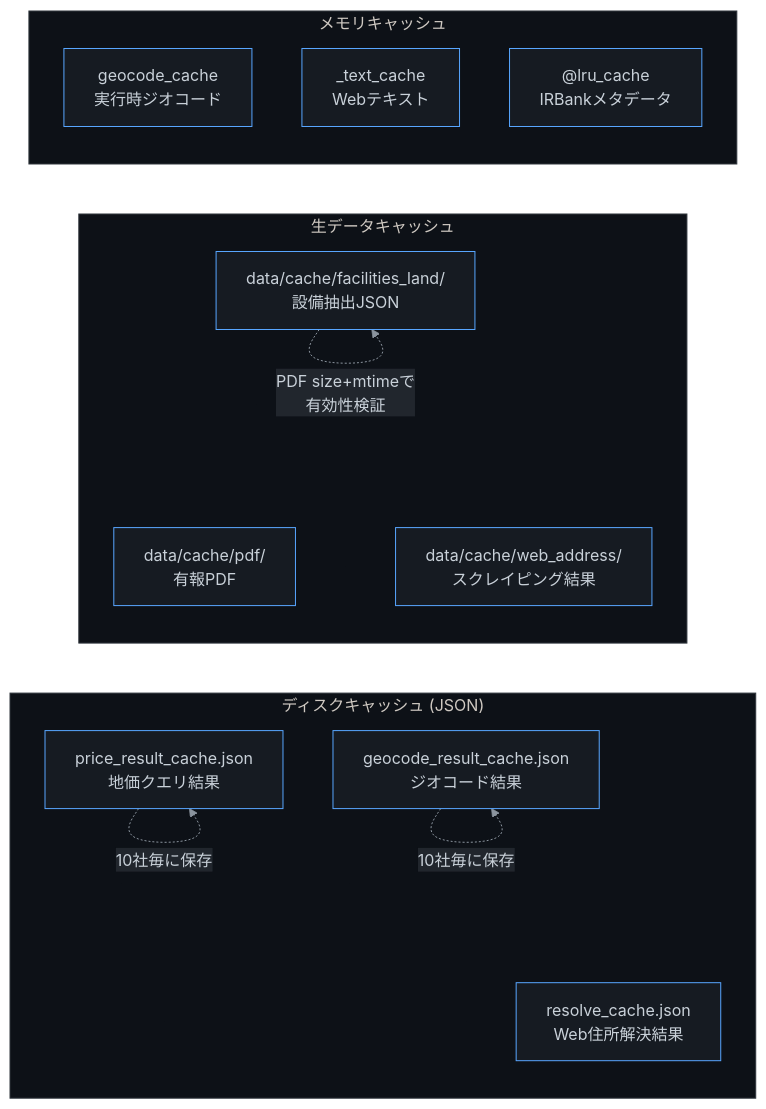
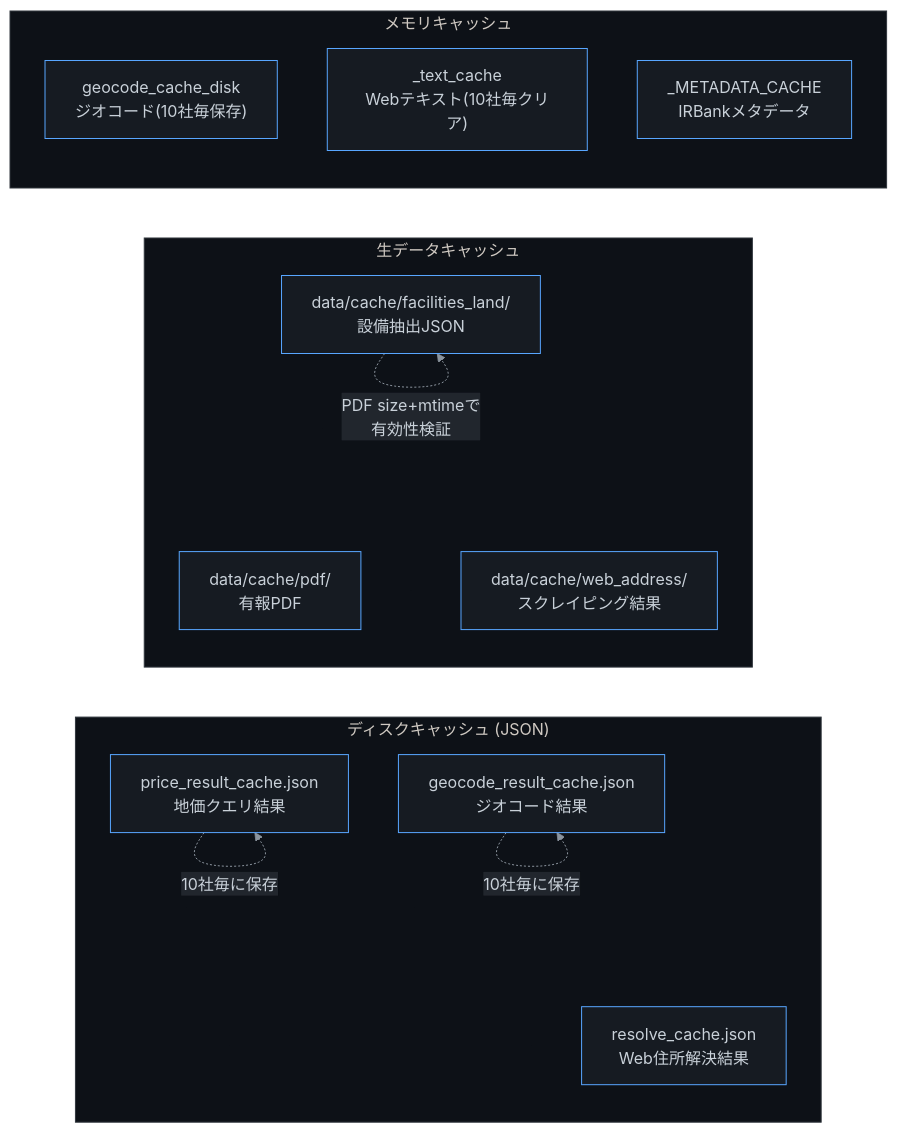
Before and after one commit to expgolemclone/land_value_research: the ninth of 12 diagrams in docs/ARCHITECTURE.md, drawn with Mermaid. The commit also changed 2 other files, not shown here.

Commit message:
Reduce memory usage by releasing caches more aggressively
- Delete processed futures from future_to_target in the as_completed
  loop so CompanyResult objects (and the Future's internal _result ref)
  are GC'd immediately after CSV write, instead of living until loop end
- Eliminate geocode_cache (tuple form) dual storage; use only
  geocode_cache_disk (list form) with inline conversion, removing
  redundant memory copy of all geocode results
- Rename clear_text_cache() to clear_transient_caches() and also clear
  _resolve_cache after flushing to disk, since the in-memory copy is
  no longer needed once persisted
- Add gc.collect() after periodic cache clearing to prompt memory
  return to OS
- Update ARCHITECTURE.md mermaid diagram to reflect current cache names

````diff
--- a/docs/ARCHITECTURE.md
+++ b/docs/ARCHITECTURE.md
@@ -481,25 +481,25 @@
 ```mermaid
 %%{init: {"theme":"base","themeVariables":{"background":"#0d1117","primaryColor":"#161b22","primaryTextColor":"#c9d1d9","primaryBorderColor":"#58a6ff","secondaryColor":"#21262d","tertiaryColor":"#30363d","lineColor":"#8b949e","clusterBkg":"#0d1117","clusterBorder":"#30363d"}}}%%
 flowchart LR
     subgraph DISK_CACHE["ディスクキャッシュ (JSON)"]
         PC["price_result_cache.json<br>地価クエリ結果"]
         GC["geocode_result_cache.json<br>ジオコード結果"]
         RC["resolve_cache.json<br>Web住所解決結果"]
     end
 
     subgraph RAW_CACHE["生データキャッシュ"]
         PDF_C["data/cache/pdf/<br>有報PDF"]
         WEB_C["data/cache/web_address/<br>スクレイピング結果"]
         FAC_C["data/cache/facilities_land/<br>設備抽出JSON"]
     end
 
     subgraph MEM_CACHE["メモリキャッシュ"]
-        RT_GEO["geocode_cache<br>実行時ジオコード"]
-        RT_TXT["_text_cache<br>Webテキスト"]
-        LRU["@lru_cache<br>IRBankメタデータ"]
+        RT_GEO["geocode_cache_disk<br>ジオコード(10社毎保存)"]
+        RT_TXT["_text_cache<br>Webテキスト(10社毎クリア)"]
+        LRU["_METADATA_CACHE<br>IRBankメタデータ"]
     end
 
     PC -.->|"10社毎に保存"| PC
     GC -.->|"10社毎に保存"| GC
     FAC_C -.->|"PDF size+mtimeで<br>有効性検証"| FAC_C
 ```
````
